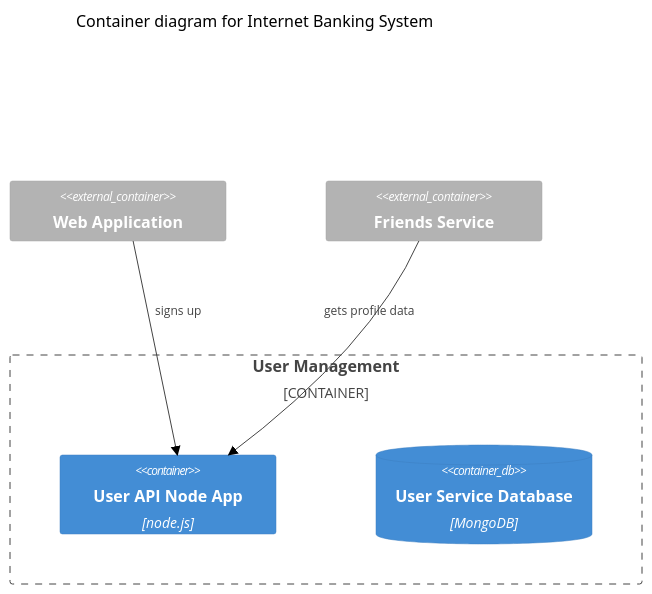
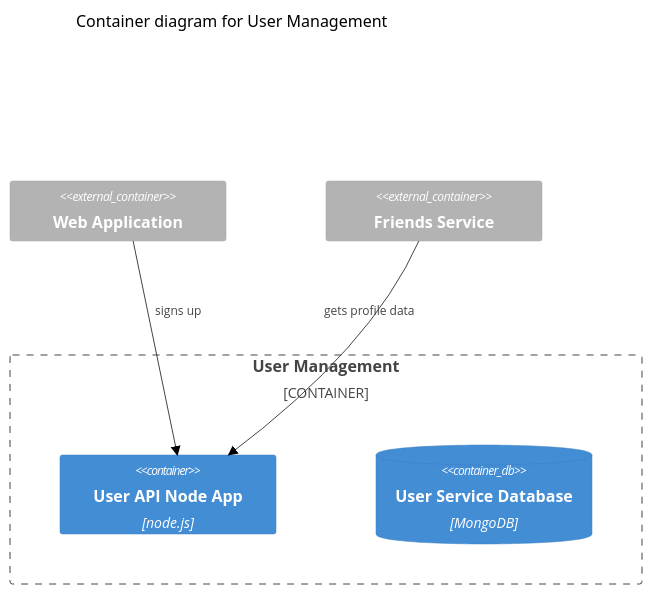
The diagram in README.md (friendpost-july/user-spec), drawn with Mermaid (forest theme) before and after one commit.

````diff
--- a/README.md
+++ b/README.md
@@ -10,18 +10,18 @@
 ```mermaid
 C4Container
-title Container diagram for Internet Banking System
+title Container diagram for User Management
 
 Container_Boundary(userservice, "User Management") {
     Container(nodeapp, "User API Node App","node.js")
     ContainerDb(usersdb, "User Service Database", "MongoDB")
 }
 
 Container_Ext(webapp,"Web Application")
 Container_Ext(friendsservice,"Friends Service")
 
 Rel(webapp, nodeapp, "signs up")
 Rel(friendsservice, nodeapp, "gets profile data")
 
 UpdateRelStyle(webapp, nodeapp, $offsetY="-40")
 UpdateRelStyle(friendsservice, nodeapp, $offsetY="-40")
 ```
````
